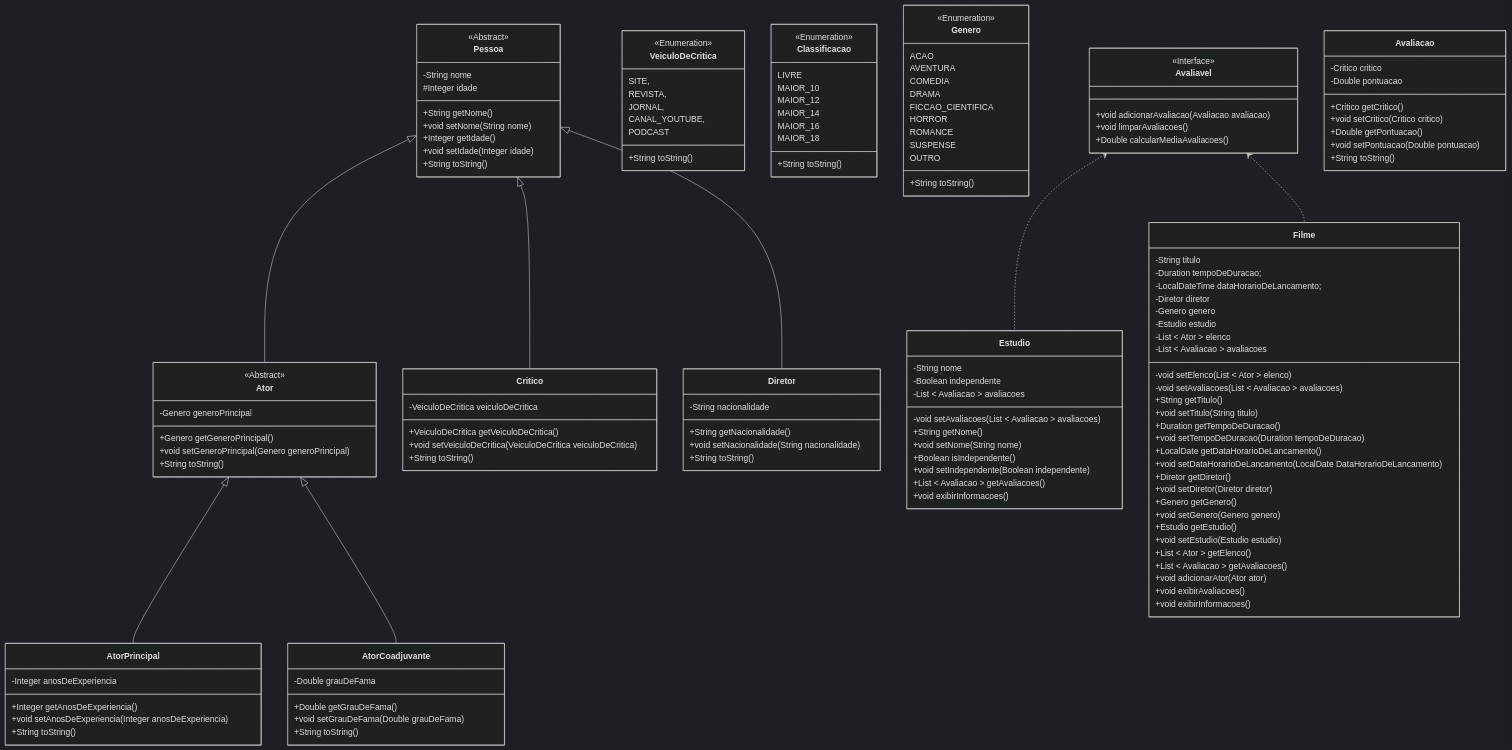
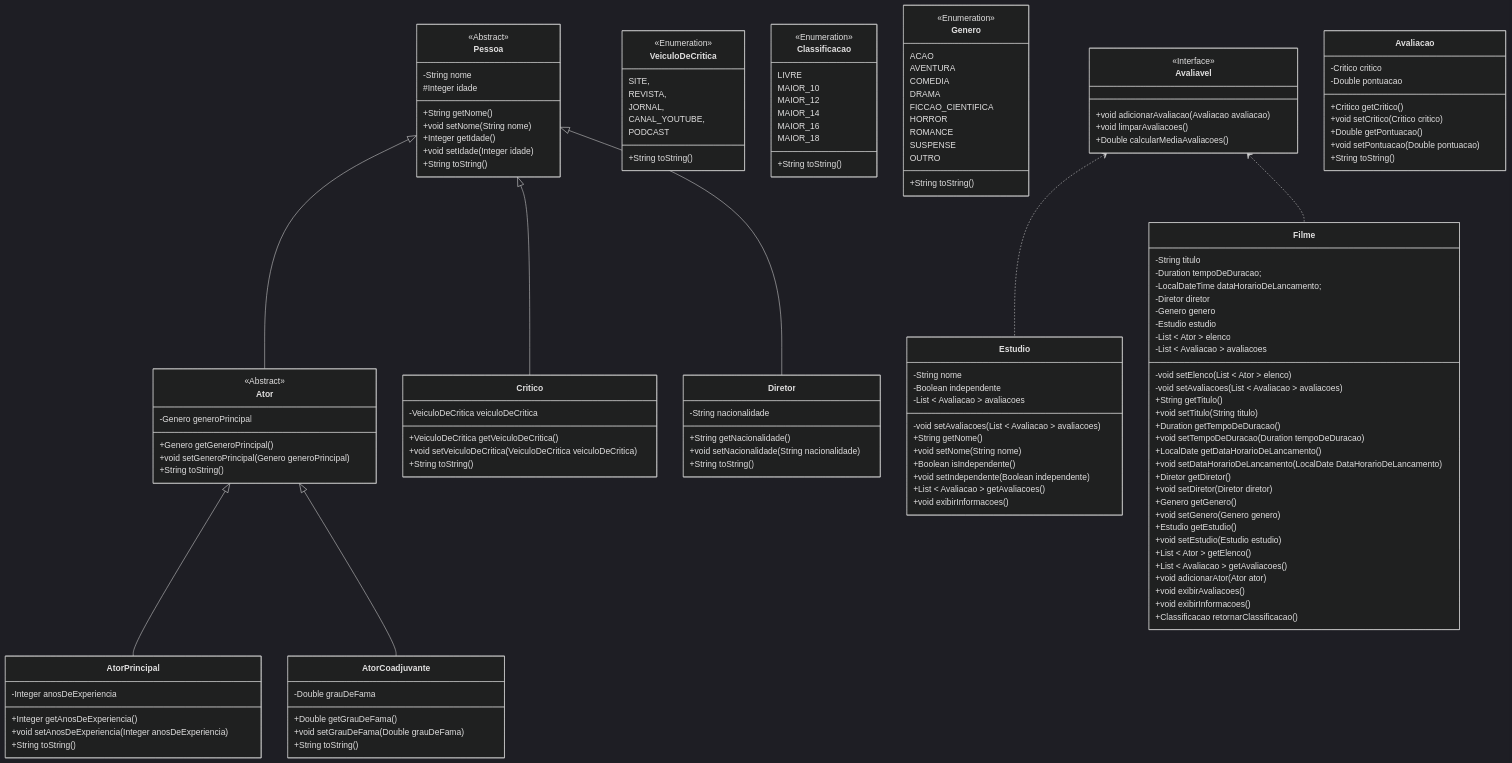
One commit to heltonricardo/enunciados-exercicios-java changed the diagram in exercicio-003/versao-001/README.md. Above: the diagram before and after it, drawn with Mermaid (dark theme).

Commit message:
exercicio 3-1

```diff
--- a/exercicio-003/versao-001/README.md
+++ b/exercicio-003/versao-001/README.md
@@ -151,6 +151,7 @@
   +void adicionarAtor(Ator ator)
   +void exibirAvaliacoes()
   +void exibirInformacoes()
+  +Classificacao retornarClassificacao() 
 }
 
 class Avaliavel {
```
